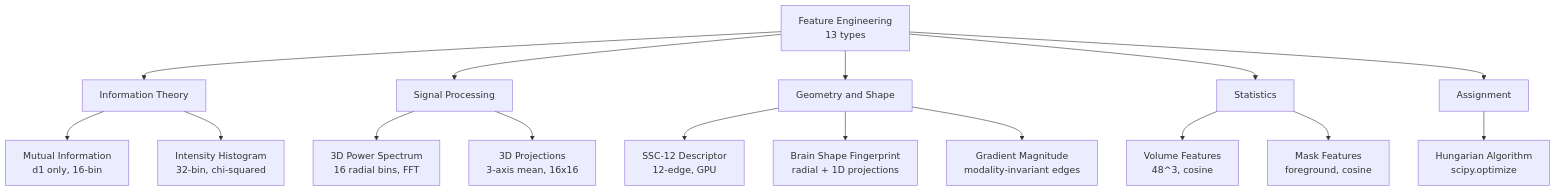
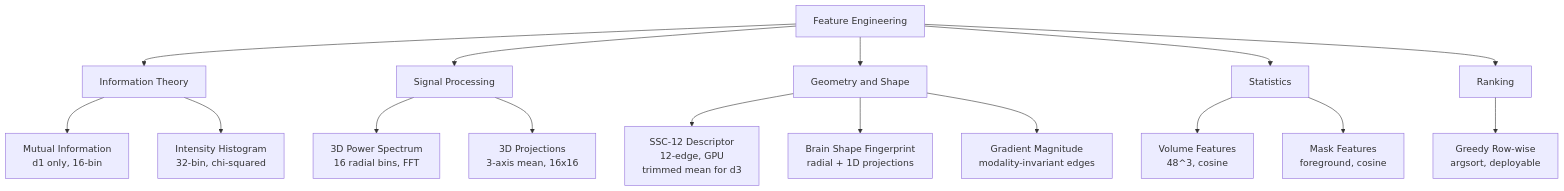
Before and after one commit to Ansh2508/ehl-paris-2026-medical-retrieval-yantra: the fourth of 7 diagrams in ARCHITECTURE.md, drawn with Mermaid. The commit also changed other lines of this file and 7 other files, not shown here.

First line of the commit message:
feat: v36 honest/deployable (MRR 0.723) — d3 leak fix, MOMENTS cascade, MI post-reg, greedy rank

````diff
--- a/ARCHITECTURE.md
+++ b/ARCHITECTURE.md
@@ -77,23 +104,23 @@
 ```mermaid
 graph TD
-    ROOT[Feature Engineering<br/>13 types] --> IT[Information Theory]
+    ROOT[Feature Engineering] --> IT[Information Theory]
     ROOT --> SP[Signal Processing]
     ROOT --> GEO[Geometry and Shape]
     ROOT --> STAT[Statistics]
-    ROOT --> ASG[Assignment]
+    ROOT --> RANK[Ranking]
 
     IT --> MI[Mutual Information<br/>d1 only, 16-bin]
     IT --> HIST[Intensity Histogram<br/>32-bin, chi-squared]
 
     SP --> PS[3D Power Spectrum<br/>16 radial bins, FFT]
     SP --> PROJ[3D Projections<br/>3-axis mean, 16x16]
 
-    GEO --> SSC[SSC-12 Descriptor<br/>12-edge, GPU]
+    GEO --> SSC[SSC-12 Descriptor<br/>12-edge, GPU<br/>trimmed mean for d3]
     GEO --> BF[Brain Shape Fingerprint<br/>radial + 1D projections]
     GEO --> GRAD[Gradient Magnitude<br/>modality-invariant edges]
 
     STAT --> VOL[Volume Features<br/>48^3, cosine]
     STAT --> MASK[Mask Features<br/>foreground, cosine]
 
-    ASG --> HUN[Hungarian Algorithm<br/>scipy.optimize]
+    RANK --> GR[Greedy Row-wise<br/>argsort, deployable]
 ```
````
